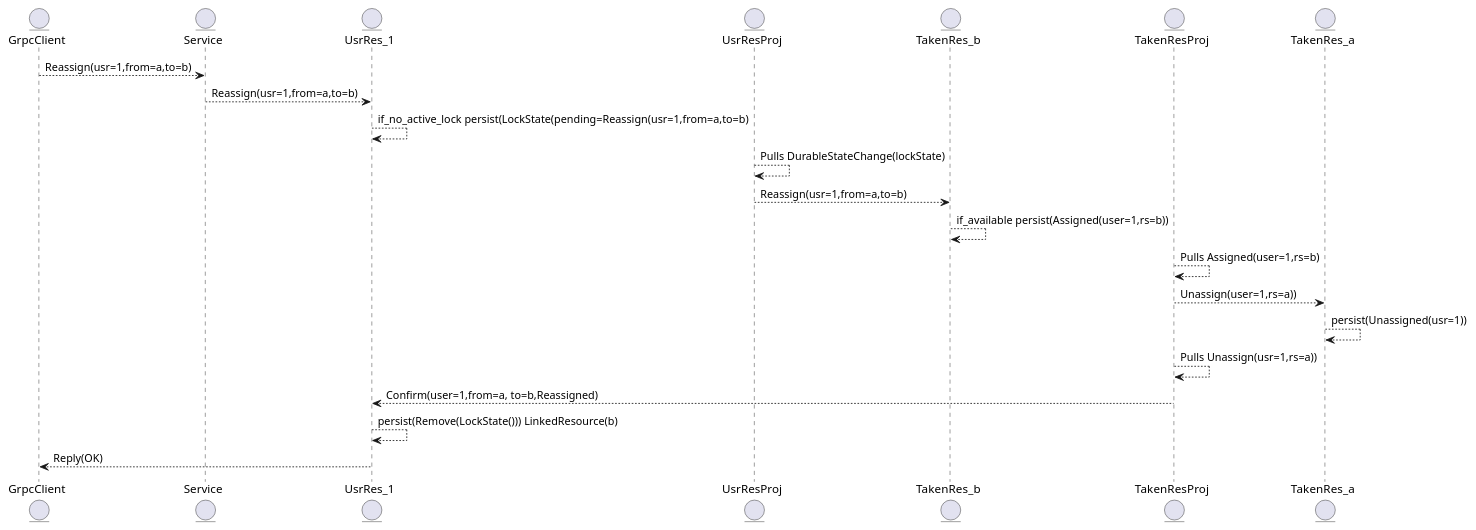
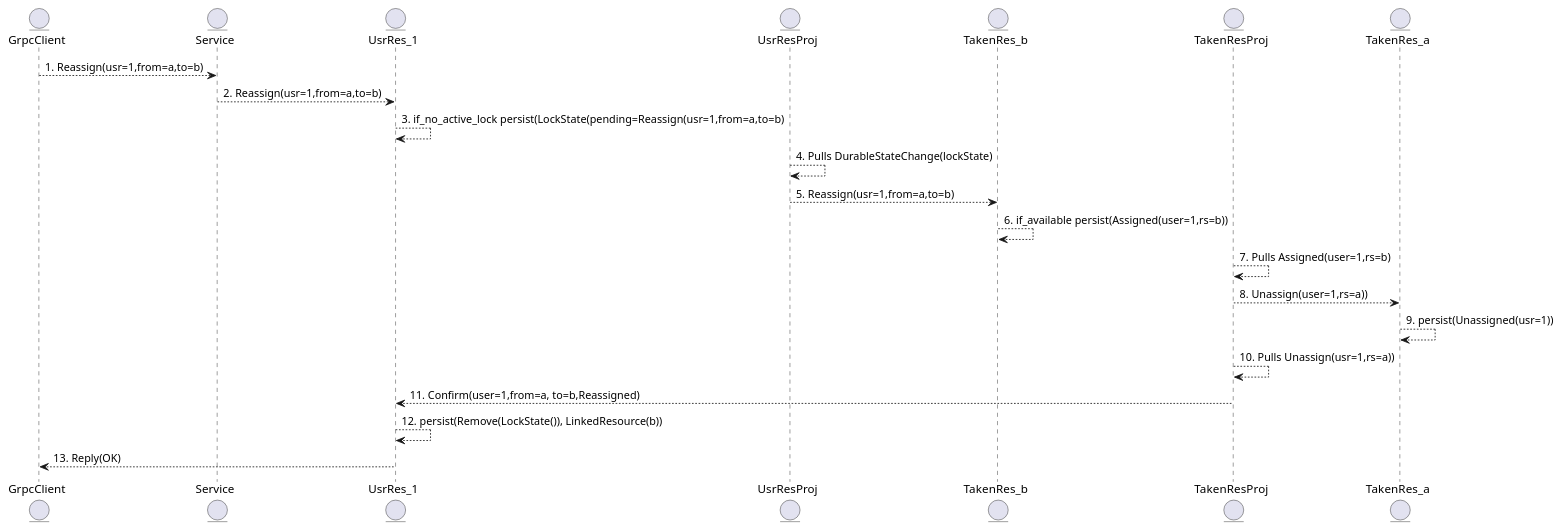
The third of 3 diagrams in diagrams.md (haghard/unique-resource-management), drawn with PlantUML before and after one commit. The commit also changed other lines of this file and 7 other files, not shown here.

Commit message:
diagrams2.md and docker-compose.yml with and without zipkin

````diff
--- a/diagrams.md
+++ b/diagrams.md
@@ -40,39 +92,39 @@
 ```plantuml
 @startuml
 
 entity GrpcClient
 
 entity Service
 
 entity UsrRes_1
 
 entity UsrResProj
 
 entity TakenRes_b
 
 entity TakenResProj
 
 entity TakenRes_a
 
 
-GrpcClient --> Service: Reassign(usr=1,from=a,to=b)
-Service --> UsrRes_1: Reassign(usr=1,from=a,to=b)
-UsrRes_1 --> UsrRes_1: if_no_active_lock persist(LockState(pending=Reassign(usr=1,from=a,to=b)
+GrpcClient --> Service:1. Reassign(usr=1,from=a,to=b)
+Service --> UsrRes_1:2. Reassign(usr=1,from=a,to=b)
+UsrRes_1 --> UsrRes_1:3. if_no_active_lock persist(LockState(pending=Reassign(usr=1,from=a,to=b)
 
-UsrResProj --> UsrResProj: Pulls DurableStateChange(lockState)
+UsrResProj --> UsrResProj:4. Pulls DurableStateChange(lockState)
 
-UsrResProj --> TakenRes_b: Reassign(usr=1,from=a,to=b)  
+UsrResProj --> TakenRes_b:5. Reassign(usr=1,from=a,to=b)  
 
-TakenRes_b --> TakenRes_b: if_available persist(Assigned(user=1,rs=b))
+TakenRes_b --> TakenRes_b:6. if_available persist(Assigned(user=1,rs=b))
 
-TakenResProj --> TakenResProj: Pulls Assigned(user=1,rs=b)  
-TakenResProj --> TakenRes_a: Unassign(user=1,rs=a))
-TakenRes_a --> TakenRes_a: persist(Unassigned(usr=1))
+TakenResProj --> TakenResProj:7. Pulls Assigned(user=1,rs=b)  
+TakenResProj --> TakenRes_a:8. Unassign(user=1,rs=a))
+TakenRes_a --> TakenRes_a:9. persist(Unassigned(usr=1))
 
-TakenResProj --> TakenResProj: Pulls Unassign(usr=1,rs=a))
-TakenResProj --> UsrRes_1: Confirm(user=1,from=a, to=b,Reassigned) 
-UsrRes_1 --> UsrRes_1: persist(Remove(LockState())) LinkedResource(b)
-UsrRes_1 --> GrpcClient : Reply(OK)
+TakenResProj --> TakenResProj:10. Pulls Unassign(usr=1,rs=a))
+TakenResProj --> UsrRes_1:11. Confirm(user=1,from=a, to=b,Reassigned) 
+UsrRes_1 --> UsrRes_1:12. persist(Remove(LockState()), LinkedResource(b))
+UsrRes_1 --> GrpcClient:13. Reply(OK)
 
 @enduml
 ```
````
